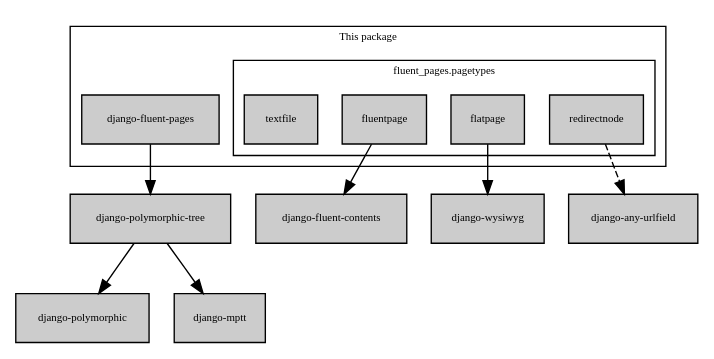
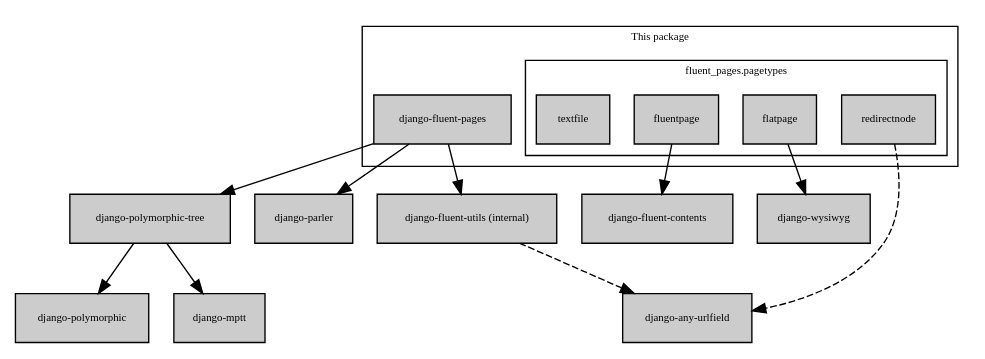
One commit to django-fluent/django-fluent-pages changed the diagram in docs/dependencies.rst. Above: the diagram before and after it, drawn with Graphviz. The commit also changed other lines of this file and 35 other files, not shown here.

```diff
--- a/docs/dependencies.rst
+++ b/docs/dependencies.rst
@@ -64,12 +64,20 @@
             label = "django-fluent-contents"
         ]
 
+        fluent_utils [
+            label = "django-fluent-utils (internal)"
+        ]
+
         django_polymorphic [
             label = "django-polymorphic"
         ]
 
         django_mptt [
             label = "django-mptt"
+        ]
+
+        django_parler [
+            label = "django-parler"
         ]
 
         django_polymorphic_tree [
@@ -79,8 +87,11 @@
         fluentpage -> fluent_contents
         flatpage -> django_wysiwyg
         redirectnode -> any_urlfield [style=dashed]
+        fluent_utils -> any_urlfield [style=dashed]
 
         fluent_pages -> django_polymorphic_tree [lhead=clusterFluentPages]
+        fluent_pages -> django_parler
+        fluent_pages -> fluent_utils
         django_polymorphic_tree -> django_polymorphic
         django_polymorphic_tree -> django_mptt
     }
```
